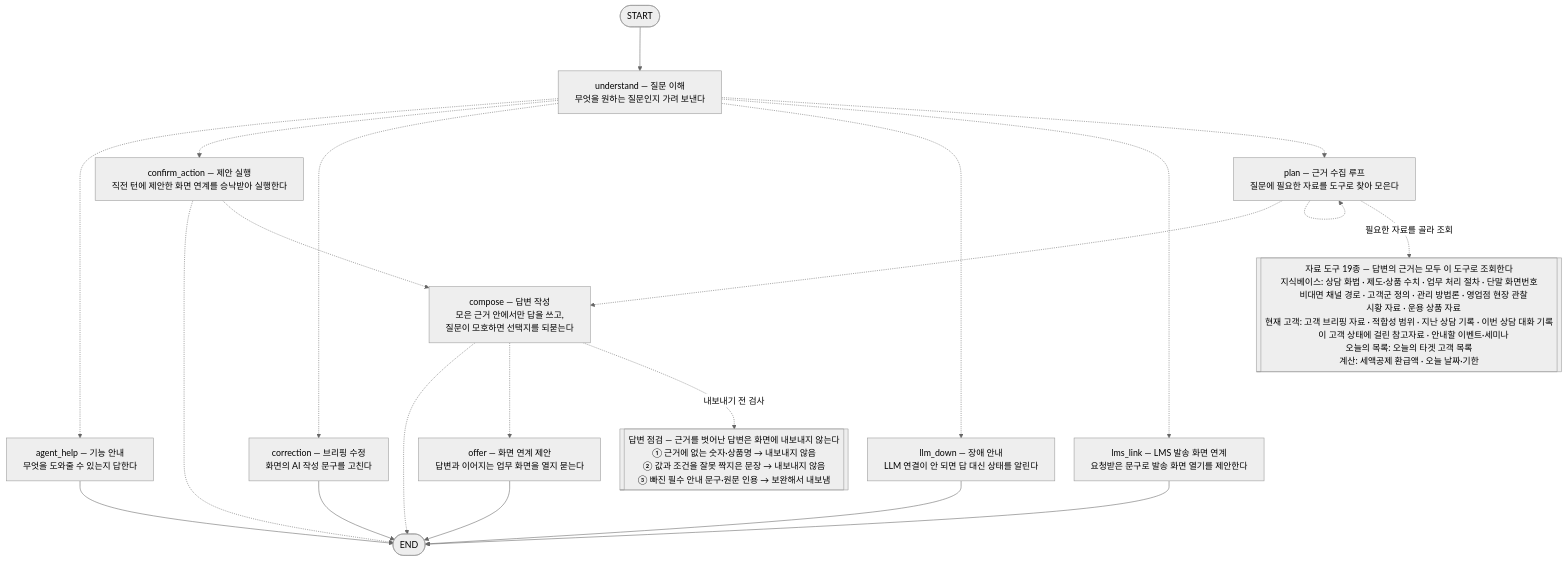
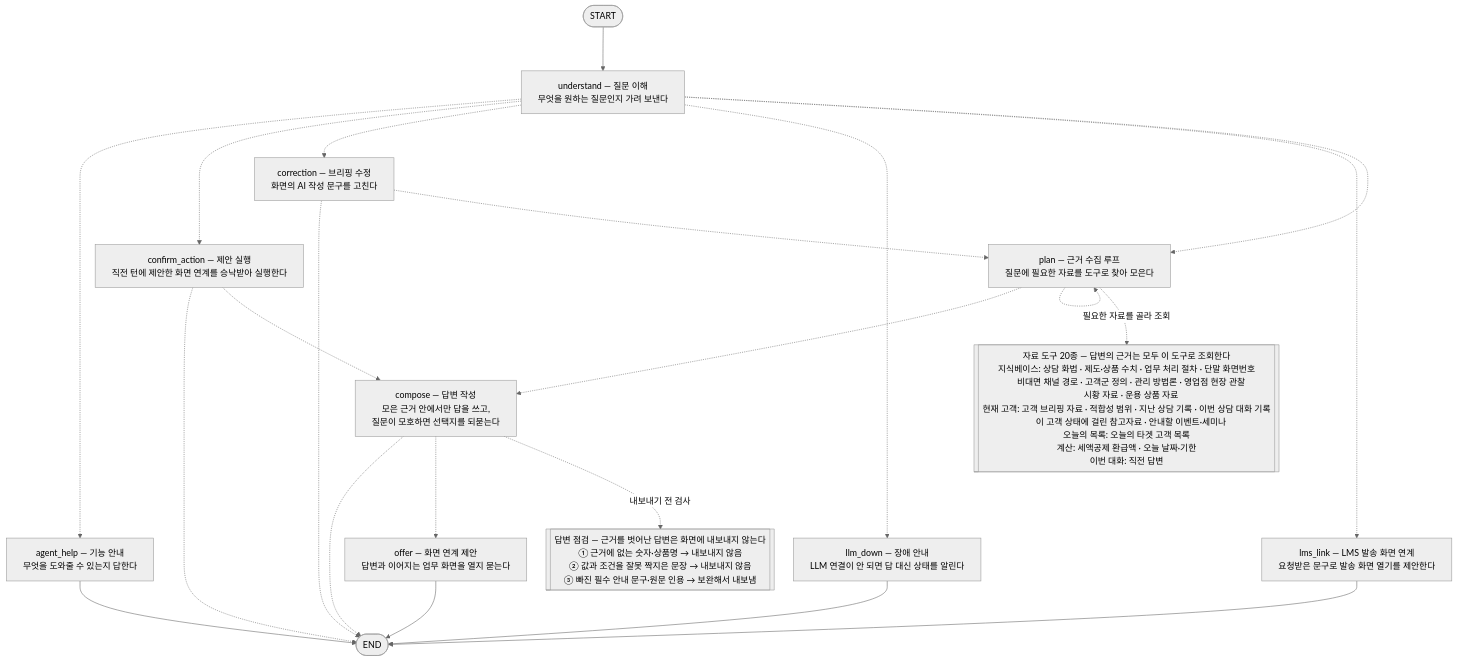
The diagram in src/pension_agent/consult_agent/README.md (09sunwoo-a/Pension_agent), drawn with Mermaid (neutral theme) before and after one commit. The commit also changed other lines of this file and 20 other files, not shown here.

````diff
--- a/src/pension_agent/consult_agent/README.md
+++ b/src/pension_agent/consult_agent/README.md
@@ -83,37 +83,38 @@
 ```mermaid
 %%{init: {"flowchart": {"wrappingWidth": 800, "nodeSpacing": 35, "rankSpacing": 80}}}%%
 flowchart TD
     __start__([START])
     understand["understand — 질문 이해<br/>무엇을 원하는 질문인지 가려 보낸다"]
     agent_help["agent_help — 기능 안내<br/>무엇을 도와줄 수 있는지 답한다"]
     plan["plan — 근거 수집 루프<br/>질문에 필요한 자료를 도구로 찾아 모은다"]
     compose["compose — 답변 작성<br/>모은 근거 안에서만 답을 쓰고,<br/>질문이 모호하면 선택지를 되묻는다"]
     lms_link["lms_link — LMS 발송 화면 연계<br/>요청받은 문구로 발송 화면 열기를 제안한다"]
     correction["correction — 브리핑 수정<br/>화면의 AI 작성 문구를 고친다"]
     llm_down["llm_down — 장애 안내<br/>LLM 연결이 안 되면 답 대신 상태를 알린다"]
     confirm_action["confirm_action — 제안 실행<br/>직전 턴에 제안한 화면 연계를 승낙받아 실행한다"]
     offer["offer — 화면 연계 제안<br/>답변과 이어지는 업무 화면을 열지 묻는다"]
     __end__([END])
     __start__ --> understand
     compose -.-> __end__
     compose -.-> offer
     confirm_action -.-> __end__
     confirm_action -.-> compose
+    correction -.-> __end__
+    correction -.-> plan
     plan -.-> compose
     plan -.-> plan
     understand -.-> agent_help
     understand -.-> confirm_action
     understand -.-> correction
     understand -.-> llm_down
     understand -.-> lms_link
     understand -.-> plan
     agent_help --> __end__
-    correction --> __end__
     llm_down --> __end__
     lms_link --> __end__
     offer --> __end__
-    tools[["자료 도구 19종 — 답변의 근거는 모두 이 도구로 조회한다<br/>지식베이스: 상담 화법 · 제도·상품 수치 · 업무 처리 절차 · 단말 화면번호<br/>&nbsp;&nbsp;&nbsp;&nbsp;비대면 채널 경로 · 고객군 정의 · 관리 방법론 · 영업점 현장 관찰<br/>&nbsp;&nbsp;&nbsp;&nbsp;시황 자료 · 운용 상품 자료<br/>현재 고객: 고객 브리핑 자료 · 적합성 범위 · 지난 상담 기록 · 이번 상담 대화 기록<br/>&nbsp;&nbsp;&nbsp;&nbsp;이 고객 상태에 걸린 참고자료 · 안내할 이벤트·세미나<br/>오늘의 목록: 오늘의 타겟 고객 목록<br/>계산: 세액공제 환급액 · 오늘 날짜·기한"]]
+    tools[["자료 도구 20종 — 답변의 근거는 모두 이 도구로 조회한다<br/>지식베이스: 상담 화법 · 제도·상품 수치 · 업무 처리 절차 · 단말 화면번호<br/>&nbsp;&nbsp;&nbsp;&nbsp;비대면 채널 경로 · 고객군 정의 · 관리 방법론 · 영업점 현장 관찰<br/>&nbsp;&nbsp;&nbsp;&nbsp;시황 자료 · 운용 상품 자료<br/>현재 고객: 고객 브리핑 자료 · 적합성 범위 · 지난 상담 기록 · 이번 상담 대화 기록<br/>&nbsp;&nbsp;&nbsp;&nbsp;이 고객 상태에 걸린 참고자료 · 안내할 이벤트·세미나<br/>오늘의 목록: 오늘의 타겟 고객 목록<br/>계산: 세액공제 환급액 · 오늘 날짜·기한<br/>이번 대화: 직전 답변"]]
     plan -. "필요한 자료를 골라 조회" .-> tools
     gates[["답변 점검 — 근거를 벗어난 답변은 화면에 내보내지 않는다<br/>① 근거에 없는 숫자·상품명 → 내보내지 않음<br/>② 값과 조건을 잘못 짝지은 문장 → 내보내지 않음<br/>③ 빠진 필수 안내 문구·원문 인용 → 보완해서 내보냄"]]
     compose -. "내보내기 전 검사" .-> gates
 ```
````
